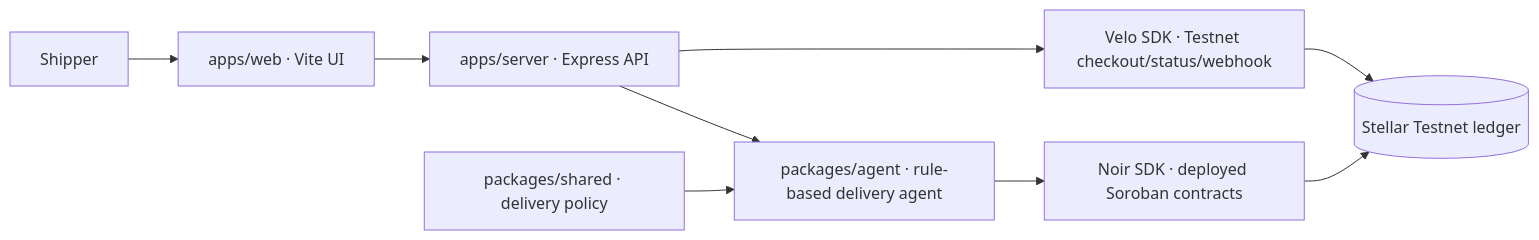
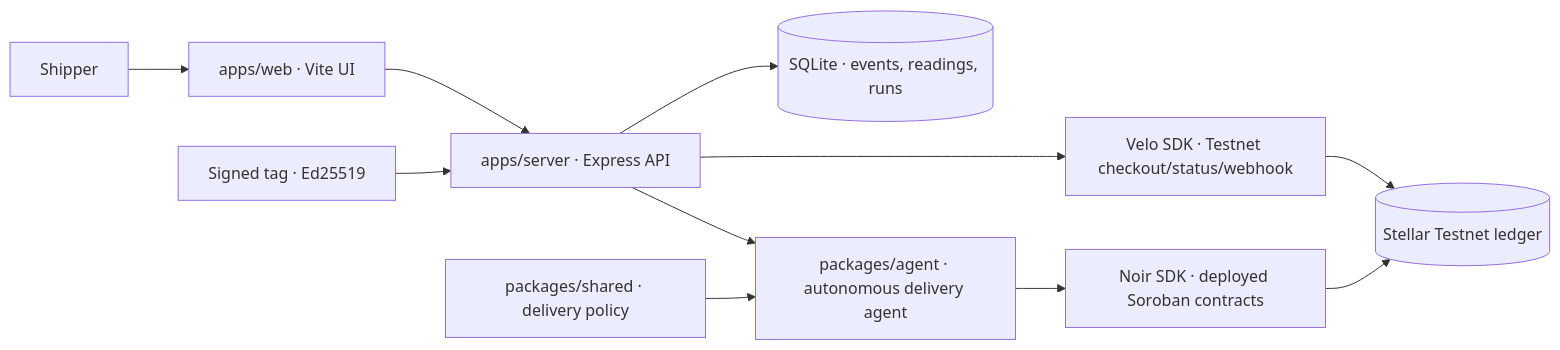
Before and after one commit to elamparogovince-wq/agentic-payment: the diagram in README.md, drawn with Mermaid. The commit also changed other lines of this file and 15 other files, not shown here.

First line of the commit message:
Autonomous agent: signed telemetry, SQLite persistence, merchant claim

````diff
--- a/README.md
+++ b/README.md
@@ -34,11 +35,13 @@
 ```mermaid
 flowchart LR
   Shipper[Shipper] --> Web[apps/web · Vite UI]
   Web --> Server[apps/server · Express API]
   Server --> Velo[Velo SDK · Testnet checkout/status/webhook]
   Velo --> Ledger[(Stellar Testnet ledger)]
-  Server --> Agent[packages/agent · rule-based delivery agent]
+  Tag[Signed tag · Ed25519] --> Server
+  Server --> DB[(SQLite · events, readings, runs)]
+  Server --> Agent[packages/agent · autonomous delivery agent]
   Agent --> Noir[Noir SDK · deployed Soroban contracts]
   Noir --> Ledger
   Shared[packages/shared · delivery policy] --> Agent
 ```
````
